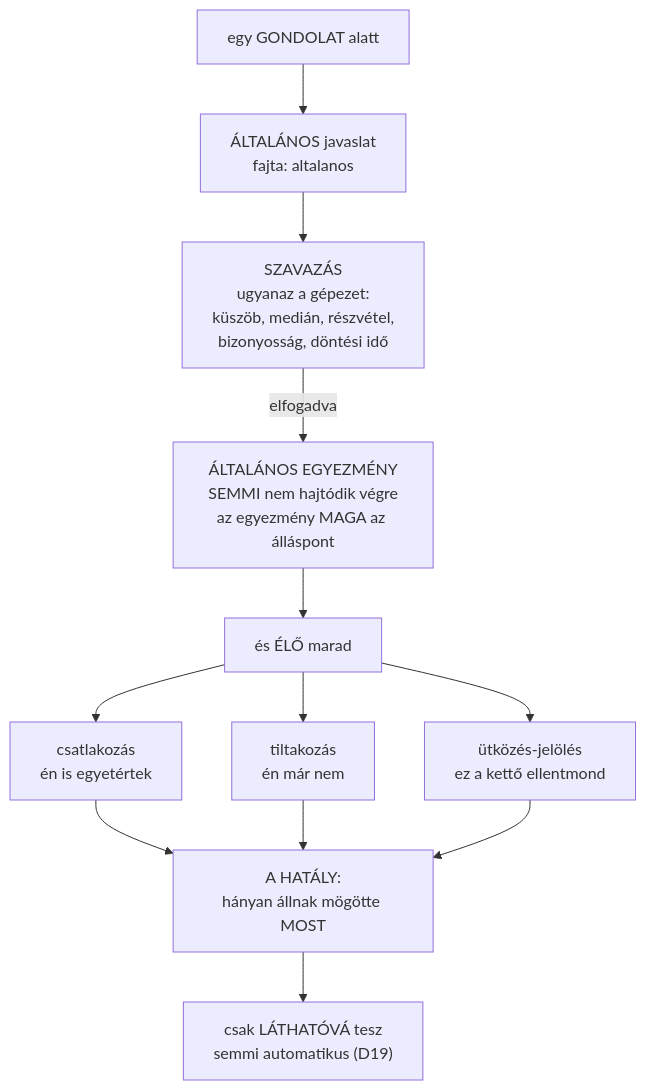
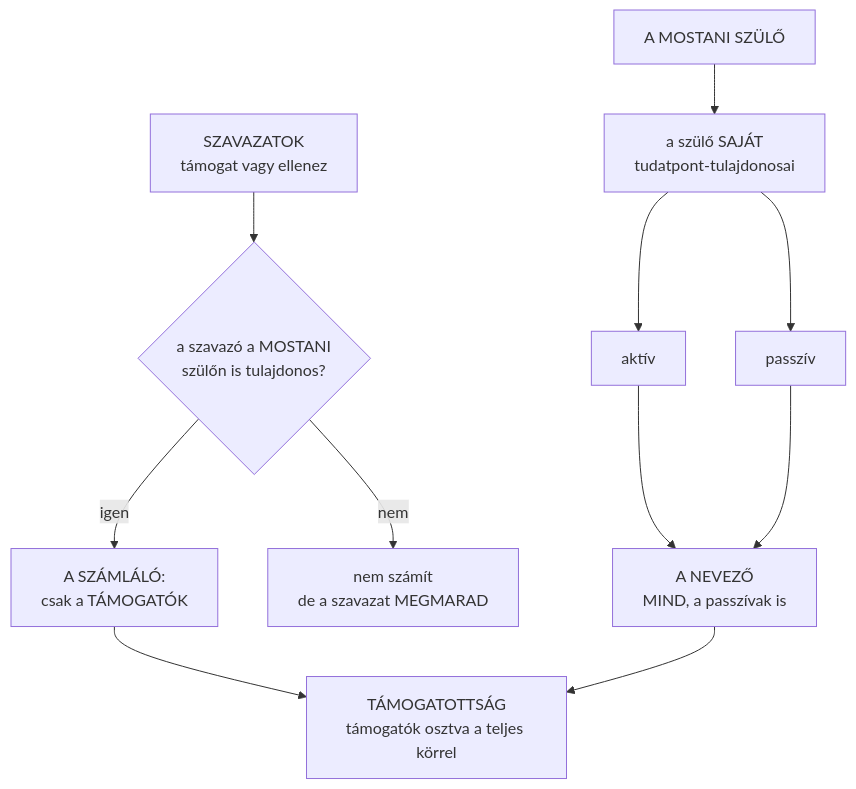
One commit to Biszt/koino_1.1 changed the tenth of 11 diagrams in docs/gepezet.md. Above: the diagram before and after it, drawn with Mermaid. The commit also changed other lines of this file and 2 other files, not shown here.

First line of the commit message:
D64: AZ ALKOTMANY -- az altalanos javaslat/egyezmeny helyere

````diff
--- a/docs/gepezet.md
+++ b/docs/gepezet.md
@@ -357,16 +428,15 @@
 ```mermaid
 flowchart TD
-    G["egy GONDOLAT alatt"] --> J["ÁLTALÁNOS javaslat<br/>fajta: altalanos"]
-    J --> SZAV["SZAVAZÁS<br/>ugyanaz a gépezet:<br/>küszöb, medián, részvétel,<br/>bizonyosság, döntési idő"]
-    SZAV -->|"elfogadva"| EGY["ÁLTALÁNOS EGYEZMÉNY<br/>SEMMI nem hajtódik végre<br/>az egyezmény MAGA az álláspont"]
+    SZ["A MOSTANI SZÜLŐ"] --> T["a szülő SAJÁT<br/>tudatpont-tulajdonosai"]
+    T --> AK["aktív"]
+    T --> PA["passzív"]
+    AK --> N["A NEVEZŐ<br/>MIND, a passzívak is"]
+    PA --> N
 
-    EGY --> ELO["és ÉLŐ marad"]
-    ELO --> CS["csatlakozás<br/>én is egyetértek"]
-    ELO --> TI["tiltakozás<br/>én már nem"]
-    ELO --> UT["ütközés-jelölés<br/>ez a kettő ellentmond"]
+    V["SZAVAZATOK<br/>támogat vagy ellenez"] --> SZUR{"a szavazó a MOSTANI<br/>szülőn is tulajdonos?"}
+    SZUR -->|"nem"| KI["nem számít<br/>de a szavazat MEGMARAD"]
+    SZUR -->|"igen"| SZAML["A SZÁMLÁLÓ:<br/>csak a TÁMOGATÓK"]
 
-    CS --> H["A HATÁLY:<br/>hányan állnak mögötte MOST"]
-    TI --> H
-    UT --> H
-    H --> L["csak LÁTHATÓVÁ tesz<br/>semmi automatikus (D19)"]
+    SZAML --> AR["TÁMOGATOTTSÁG<br/>támogatók osztva a teljes körrel"]
+    N --> AR
 ```
````
